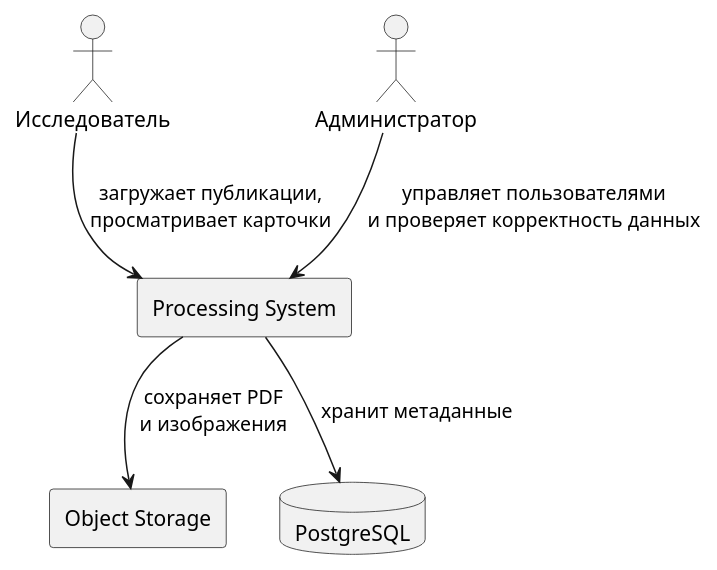
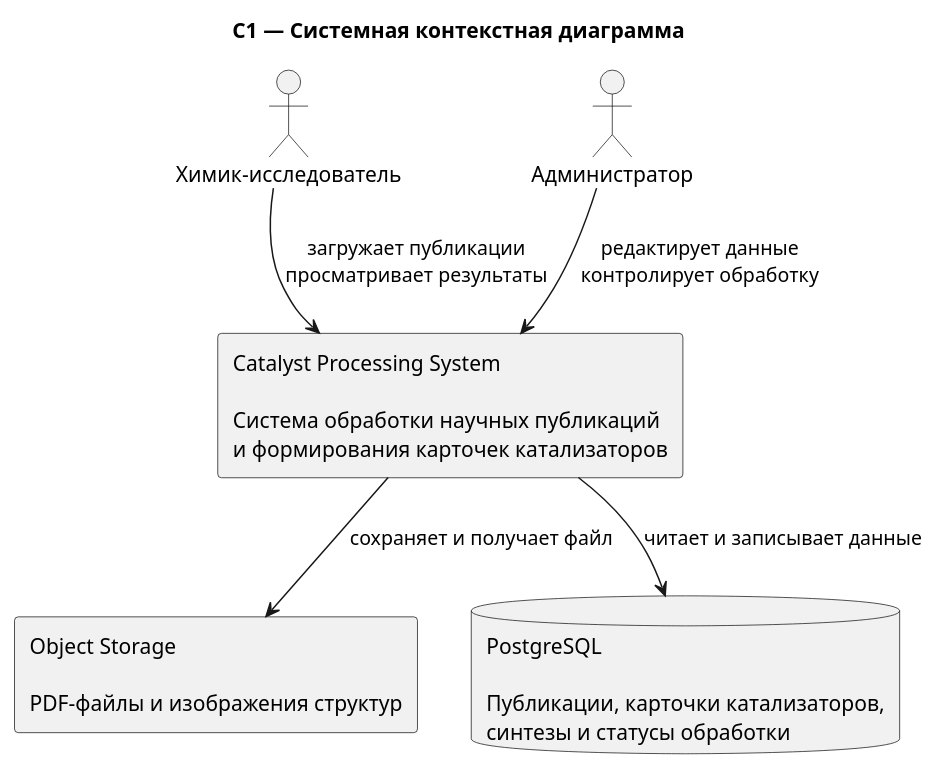
Before and after one commit to annastationn/Catalyst: the first of 2 diagrams in docs-site/docs/architecture/architecture.mdx, drawn with PlantUML.

````diff
--- a/docs-site/docs/architecture/architecture.mdx
+++ b/docs-site/docs/architecture/architecture.mdx
@@ -14,19 +14,18 @@
 ```plantuml
 @startuml
 
-actor "Исследователь" as researcher
+title C1 — Системная контекстная диаграмма
+actor "Химик-исследователь" as researcher
 actor "Администратор" as admin
 
-rectangle "Processing System" as system {
-}
+rectangle "Catalyst Processing System\n\nСистема обработки научных публикаций\nи формирования карточек катализаторов" as system
+rectangle "Object Storage\n\nPDF-файлы и изображения структур" as storage
+database "PostgreSQL\n\nПубликации, карточки катализаторов,\nсинтезы и статусы обработки" as db
 
-rectangle "Object Storage" as storage
-database "PostgreSQL" as db
-
-researcher --> system : загружает публикации,\nпросматривает карточки
-admin --> system : управляет пользователями\nи проверяет корректность данных
-system --> storage : сохраняет PDF\nи изображения
-system --> db : хранит метаданные
+researcher --> system : загружает публикации\nпросматривает результаты
+admin --> system : редактирует данные\nконтролирует обработку
+system --> storage : сохраняет и получает файл
+system --> db : читает и записывает данные
 
 @enduml
 ```
````
